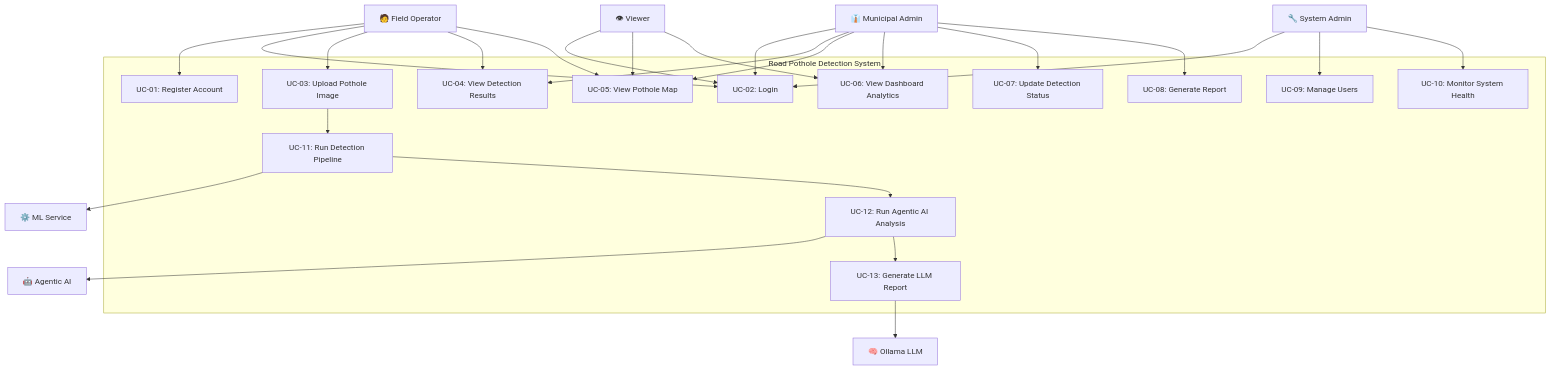
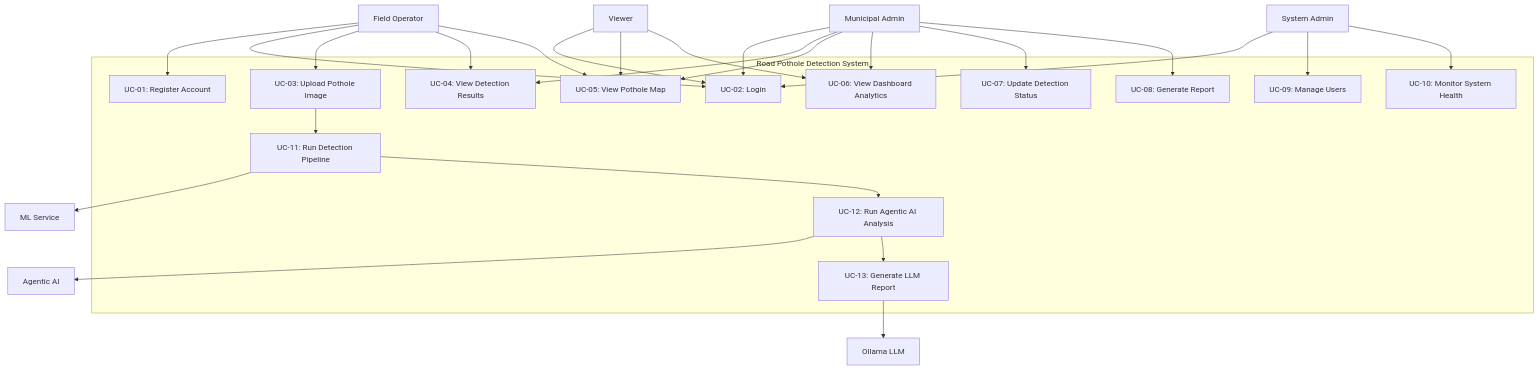
The diagram in docs/use-cases.md (kripinya/road-pothole-detection-system), drawn with Mermaid before and after one commit. The commit also changed other lines of this file and 3 other files, not shown here.

````diff
--- a/docs/use-cases.md
+++ b/docs/use-cases.md
@@ -23,54 +23,54 @@
 ```mermaid
 graph TB
     subgraph "Road Pothole Detection System"
         UC1["UC-01: Register Account"]
         UC2["UC-02: Login"]
         UC3["UC-03: Upload Pothole Image"]
         UC4["UC-04: View Detection Results"]
         UC5["UC-05: View Pothole Map"]
         UC6["UC-06: View Dashboard Analytics"]
         UC7["UC-07: Update Detection Status"]
         UC8["UC-08: Generate Report"]
         UC9["UC-09: Manage Users"]
         UC10["UC-10: Monitor System Health"]
         UC11["UC-11: Run Detection Pipeline"]
         UC12["UC-12: Run Agentic AI Analysis"]
         UC13["UC-13: Generate LLM Report"]
     end
 
-    FO["🧑 Field Operator"]
-    MA["👔 Municipal Admin"]
-    SA["🔧 System Admin"]
-    VW["👁 Viewer"]
-    AI["🤖 Agentic AI"]
-    ML["⚙️ ML Service"]
-    LLM["🧠 Ollama LLM"]
+    FO["Field Operator"]
+    MA["Municipal Admin"]
+    SA["System Admin"]
+    VW["Viewer"]
+    AI["Agentic AI"]
+    ML["ML Service"]
+    LLM["Ollama LLM"]
 
     FO --> UC1
     FO --> UC2
     FO --> UC3
     FO --> UC4
     FO --> UC5
 
     MA --> UC2
     MA --> UC4
     MA --> UC5
     MA --> UC6
     MA --> UC7
     MA --> UC8
 
     SA --> UC2
     SA --> UC9
     SA --> UC10
 
     VW --> UC2
     VW --> UC5
     VW --> UC6
 
     UC3 --> UC11
     UC11 --> ML
     UC11 --> UC12
     UC12 --> AI
     UC12 --> UC13
     UC13 --> LLM
 ```
````
